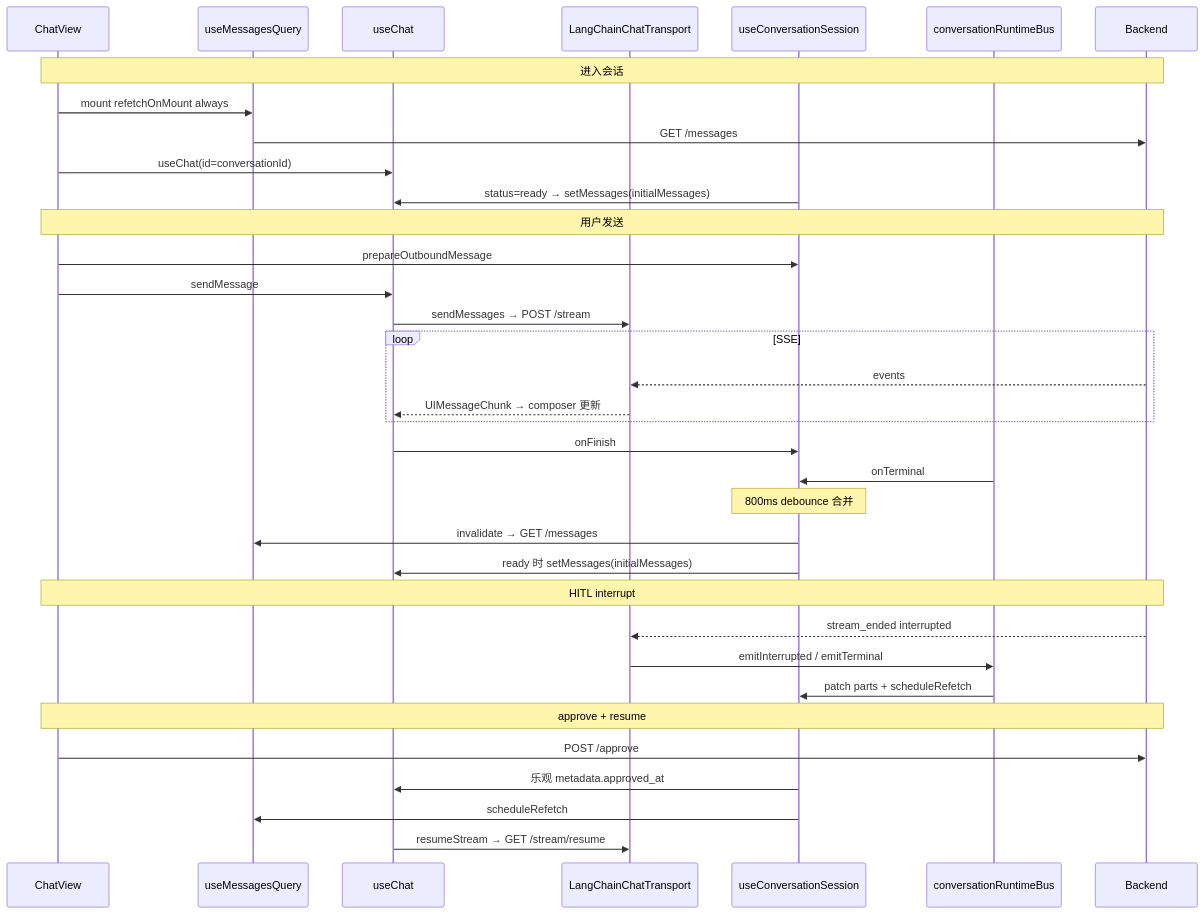
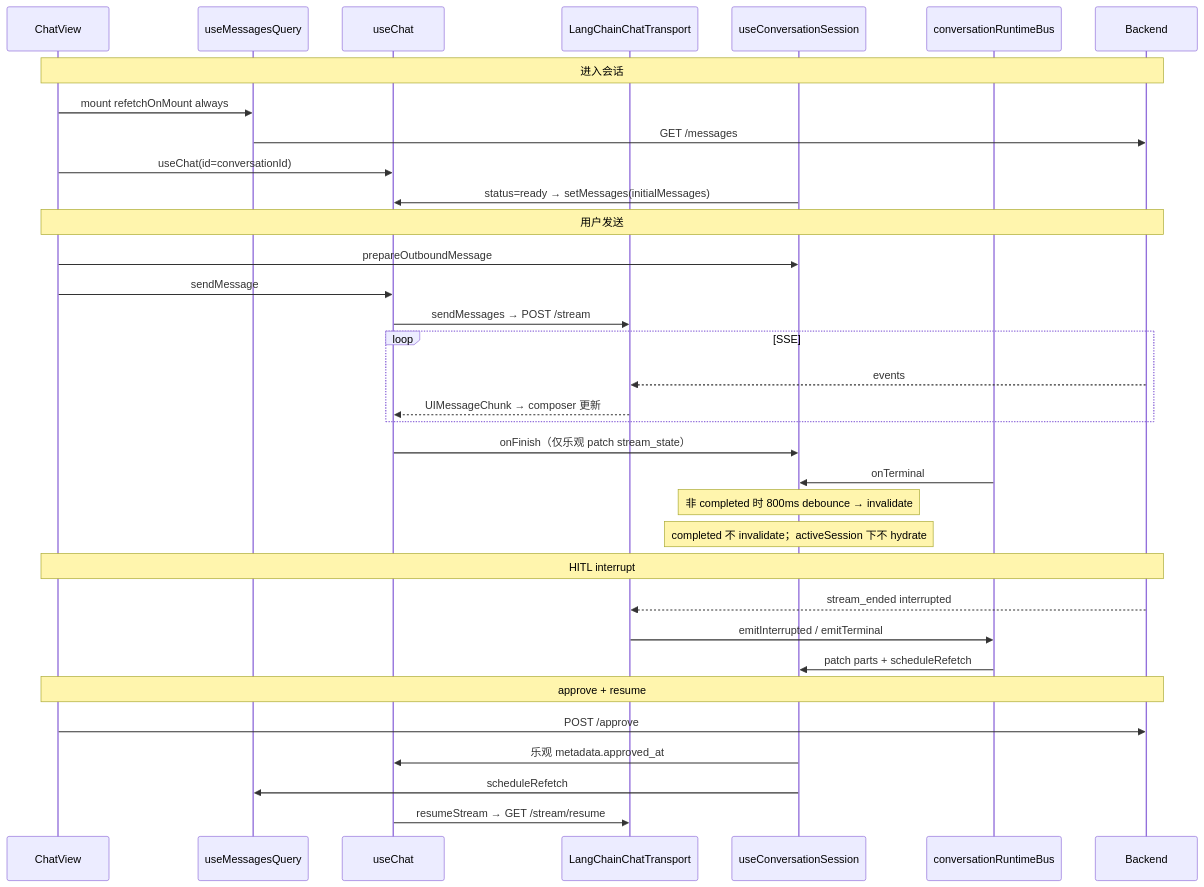
Before and after one commit to rzx007/digital-employe-client-web-m: the second of 2 diagrams in apps/web/src/lib/chat/conversation-message-flow.md, drawn with Mermaid. The commit also changed other lines of this file and 2 other files, not shown here.

````diff
--- a/apps/web/src/lib/chat/conversation-message-flow.md
+++ b/apps/web/src/lib/chat/conversation-message-flow.md
@@ -136,41 +136,40 @@
 ```mermaid
 sequenceDiagram
   participant V as ChatView
   participant RQ as useMessagesQuery
   participant UC as useChat
   participant T as LangChainChatTransport
   participant S as useConversationSession
   participant Bus as conversationRuntimeBus
   participant API as Backend
 
   Note over V,API: 进入会话
   V->>RQ: mount refetchOnMount always
   RQ->>API: GET /messages
   V->>UC: useChat(id=conversationId)
   S->>UC: status=ready → setMessages(initialMessages)
 
   Note over V,API: 用户发送
   V->>S: prepareOutboundMessage
   V->>UC: sendMessage
   UC->>T: sendMessages → POST /stream
   loop SSE
     API-->>T: events
     T-->>UC: UIMessageChunk → composer 更新
   end
-  UC->>S: onFinish
+  UC->>S: onFinish（仅乐观 patch stream_state）
   Bus->>S: onTerminal
-  Note over S: 800ms debounce 合并
-  S->>RQ: invalidate → GET /messages
-  S->>UC: ready 时 setMessages(initialMessages)
+  Note over S: 非 completed 时 800ms debounce → invalidate
+  Note over S: completed 不 invalidate；activeSession 下不 hydrate
 
   Note over V,API: HITL interrupt
   API-->>T: stream_ended interrupted
   T->>Bus: emitInterrupted / emitTerminal
   Bus->>S: patch parts + scheduleRefetch
 
   Note over V,API: approve + resume
   V->>API: POST /approve
   S->>UC: 乐观 metadata.approved_at
   S->>RQ: scheduleRefetch
   UC->>T: resumeStream → GET /stream/resume
 ```
````
